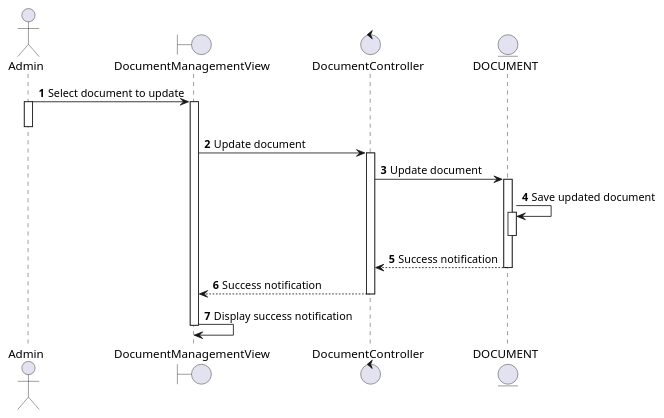
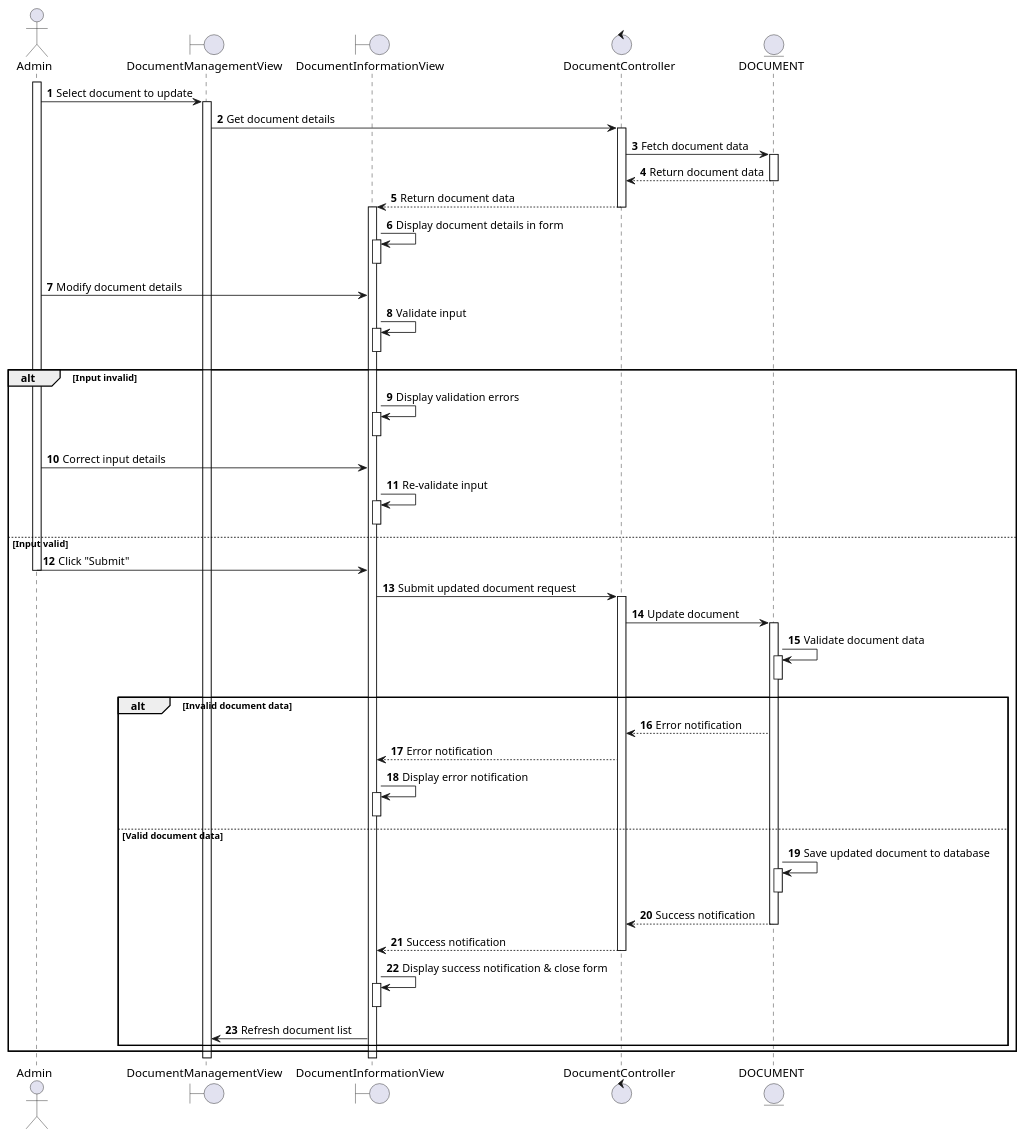
The diagram in docs/docs/sequence/adjust-document/update-document.md (electricilies/electricilies.github.io), drawn with PlantUML before and after one commit. The commit also changed 3 other files, not shown here.

````diff
--- a/docs/docs/sequence/adjust-document/update-document.md
+++ b/docs/docs/sequence/adjust-document/update-document.md
@@ -3,29 +3,71 @@
 ```plantuml
 @startuml
 autonumber
 
 actor Admin as A
 boundary DocumentManagementView as DMV
+boundary DocumentInformationView as DIV
 control DocumentController as DC
 entity DOCUMENT as D
 
+activate A
 A -> DMV: Select document to update
-activate A
 activate DMV
-deactivate A
-DMV -> DC: Update document
+DMV -> DC: Get document details
 activate DC
-DC -> D: Update document
+DC -> D: Fetch document data
 activate D
-D -> D: Save updated document
-activate D
+DC <-- D: Return document data
 deactivate D
-DC <-- D: Success notification
-deactivate D
-DMV <-- DC: Success notification
+DIV <-- DC: Return document data
 deactivate DC
-DMV -> DMV: Display success notification
-deactivate DMV
+activate DIV
+DIV -> DIV: Display document details in form
+activate DIV
+deactivate DIV
+A -> DIV: Modify document details
+DIV -> DIV: Validate input
+activate DIV
+deactivate DIV
+alt Input invalid
+    DIV -> DIV: Display validation errors
+    activate DIV
+    deactivate DIV
+    A -> DIV: Correct input details
+    DIV -> DIV: Re-validate input
+    activate DIV
+    deactivate DIV
+else Input valid
+    A -> DIV: Click "Submit"
+    deactivate A
+    DIV -> DC: Submit updated document request
+    deactivate A
+    activate DC
+    DC -> D: Update document
+    activate D
+    D -> D: Validate document data
+    activate D
+    deactivate D
+    alt Invalid document data
+        DC <-- D: Error notification
+        DIV <-- DC: Error notification
+        DIV -> DIV: Display error notification
+        activate DIV
+        deactivate DIV
+    else Valid document data
+        D -> D: Save updated document to database
+        activate D
+        deactivate D
+        DC <-- D: Success notification
+        deactivate D
+        DIV <-- DC: Success notification
+        deactivate DC
+        DIV -> DIV: Display success notification & close form
+        activate DIV
+        deactivate DIV
+        DIV -> DMV: Refresh document list
+    end
+end
 
 @enduml
 ```
````
